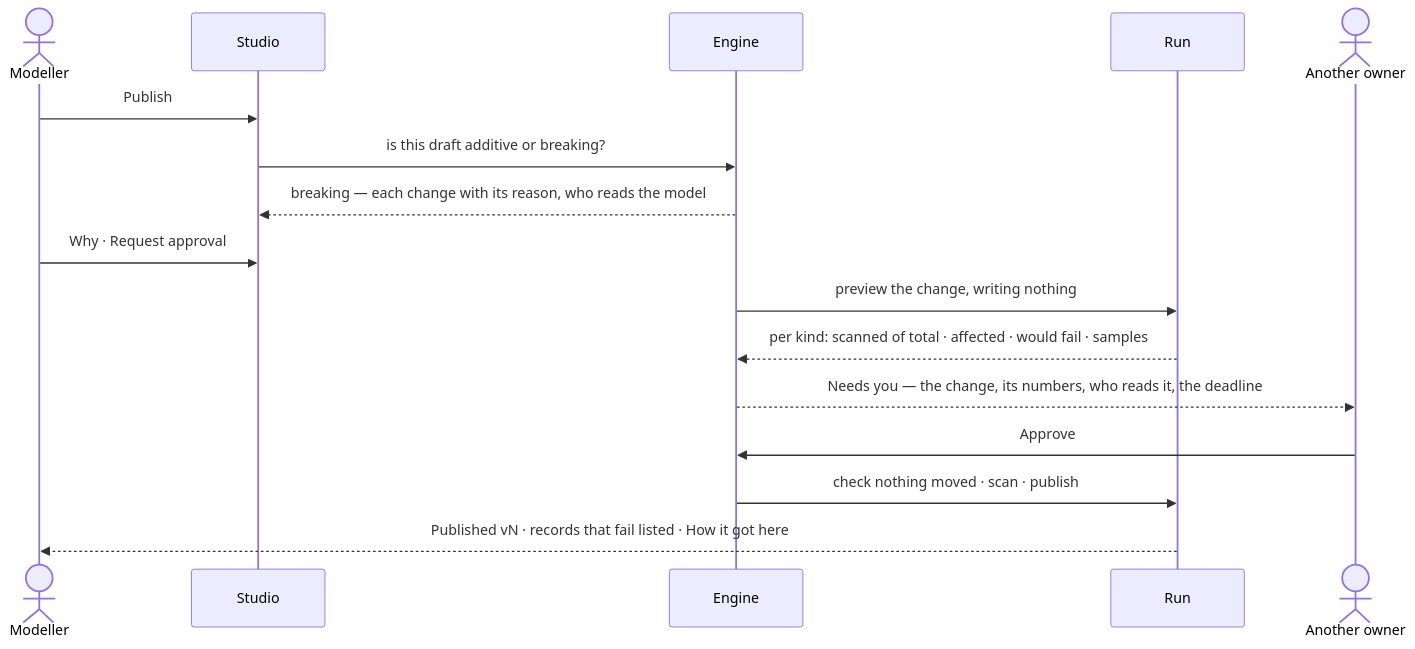
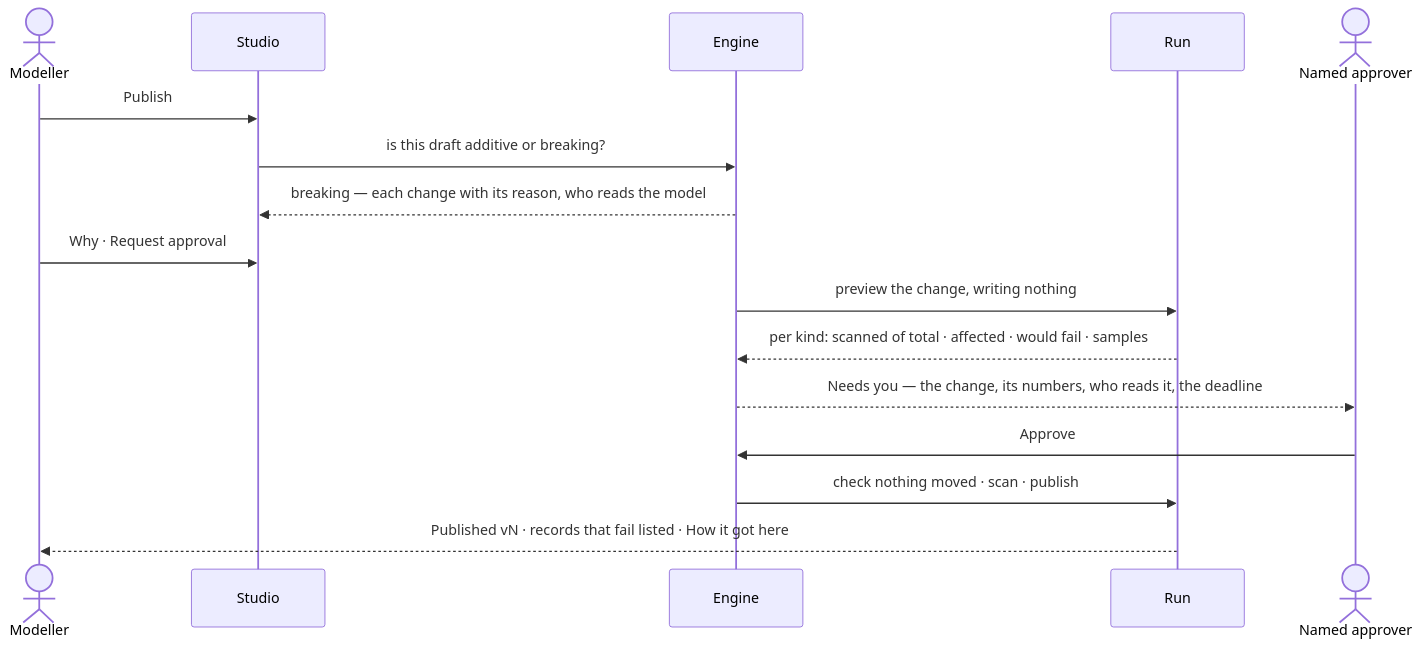
One commit to invana/invana changed the second of 2 diagrams in specs/capabilities/semantics/features/SE-F02-change-and-publish-a-model/feature.md. Above: the diagram before and after it, drawn with Mermaid. The commit also changed other lines of this file and 522 other files, not shown here.

````diff
--- a/specs/capabilities/semantics/features/SE-F02-change-and-publish-a-model/feature.md
+++ b/specs/capabilities/semantics/features/SE-F02-change-and-publish-a-model/feature.md
@@ -50,18 +50,18 @@
 ```mermaid
 sequenceDiagram
   actor M as Modeller
   participant S as Studio
   participant E as Engine
   participant R as Run
-  actor O as Another owner
+  actor O as Named approver
   M->>S: Publish
   S->>E: is this draft additive or breaking?
   E-->>S: breaking — each change with its reason, who reads the model
   M->>S: Why · Request approval
   E->>R: preview the change, writing nothing
   R-->>E: per kind: scanned of total · affected · would fail · samples
   E-->>O: Needs you — the change, its numbers, who reads it, the deadline
   O->>E: Approve
   E->>R: check nothing moved · scan · publish
   R-->>M: Published vN · records that fail listed · How it got here
 ```
````
